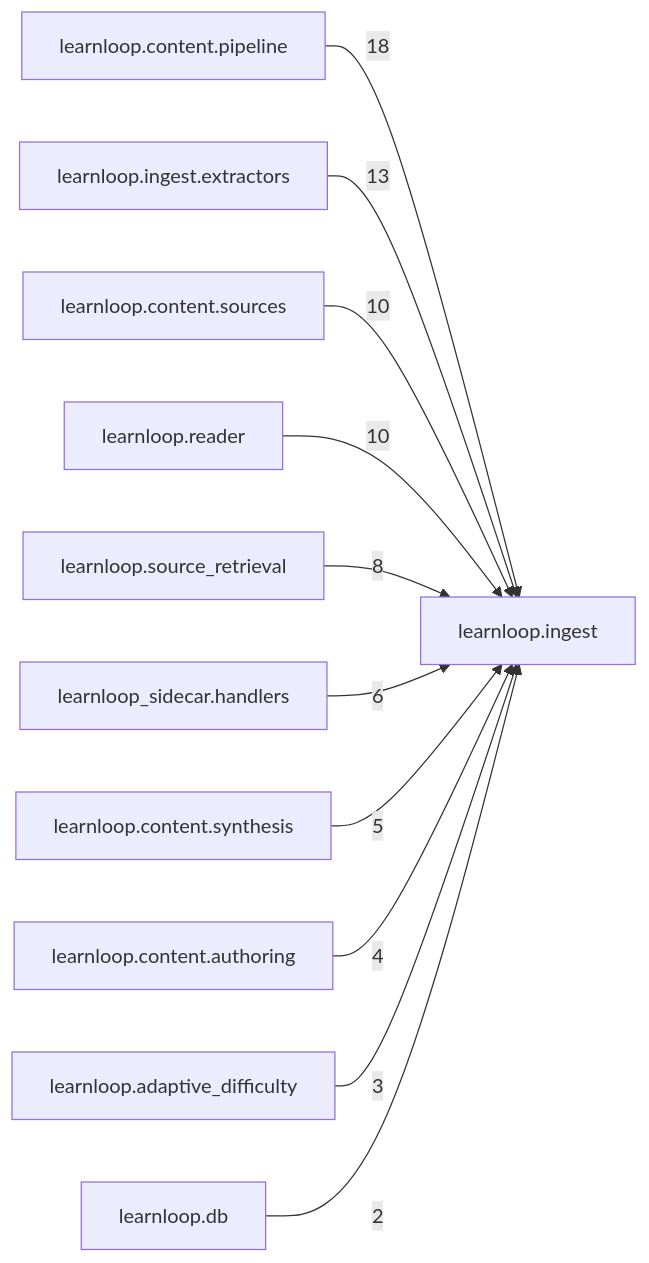
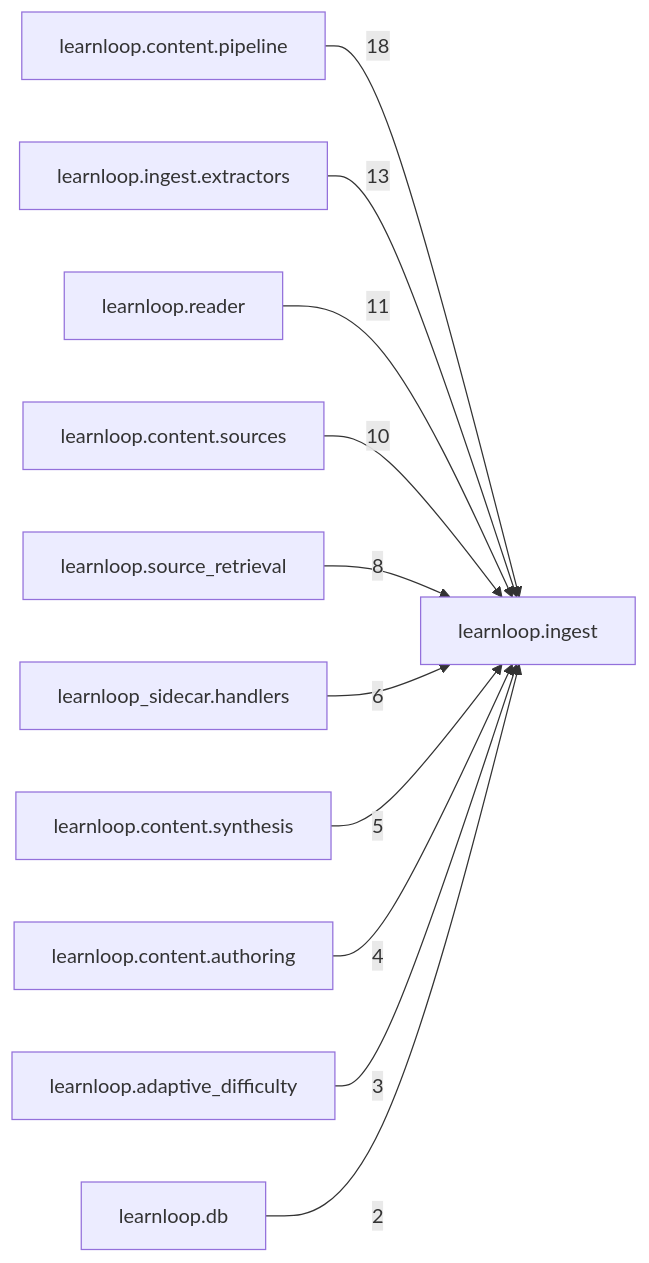
The diagram in docs/learnloop-architecture-vault/Reference/Modules/learnloop/ingest/_package.md (6up-b/learnanything), drawn with Mermaid before and after one commit. The commit also changed other lines of this file and 24 other files, not shown here.

````diff
--- a/docs/learnloop-architecture-vault/Reference/Modules/learnloop/ingest/_package.md
+++ b/docs/learnloop-architecture-vault/Reference/Modules/learnloop/ingest/_package.md
@@ -115,24 +115,24 @@
 ```mermaid
 flowchart LR
     center["learnloop.ingest"]
     n_learnloop_content_pipeline["learnloop.content.pipeline"]
     n_learnloop_ingest_extractors["learnloop.ingest.extractors"]
+    n_learnloop_reader["learnloop.reader"]
     n_learnloop_content_sources["learnloop.content.sources"]
-    n_learnloop_reader["learnloop.reader"]
     n_learnloop_source_retrieval["learnloop.source_retrieval"]
     n_learnloop_sidecar_handlers["learnloop_sidecar.handlers"]
     n_learnloop_content_synthesis["learnloop.content.synthesis"]
     n_learnloop_content_authoring["learnloop.content.authoring"]
     n_learnloop_adaptive_difficulty["learnloop.adaptive_difficulty"]
     n_learnloop_db["learnloop.db"]
     n_learnloop_content_pipeline -->|18| center
     n_learnloop_ingest_extractors -->|13| center
+    n_learnloop_reader -->|11| center
     n_learnloop_content_sources -->|10| center
-    n_learnloop_reader -->|10| center
     n_learnloop_source_retrieval -->|8| center
     n_learnloop_sidecar_handlers -->|6| center
     n_learnloop_content_synthesis -->|5| center
     n_learnloop_content_authoring -->|4| center
     n_learnloop_adaptive_difficulty -->|3| center
     n_learnloop_db -->|2| center
 ```
````
